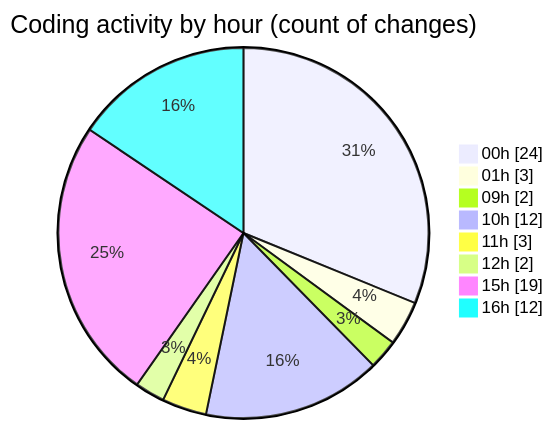
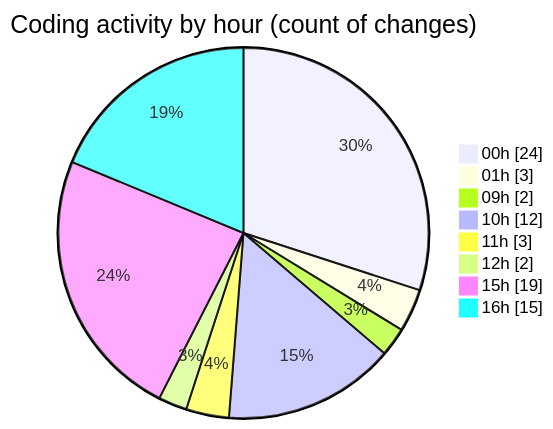
Before and after one commit to julien-gomy/code-tracking: the second of 2 diagrams in 2025-11-24/eventscop-frontend-guide__workspace_/README.md, drawn with Mermaid. The commit also changed other lines of this file and 1 other file, not shown here.

````diff
--- a/2025-11-24/eventscop-frontend-guide__workspace_/README.md
+++ b/2025-11-24/eventscop-frontend-guide__workspace_/README.md
@@ -49,12 +49,12 @@
 ```mermaid
 pie showData
 title Coding activity by hour (count of changes)
 "00h" : 24
 "01h" : 3
 "09h" : 2
 "10h" : 12
 "11h" : 3
 "12h" : 2
 "15h" : 19
-"16h" : 12
+"16h" : 15
 ```
````
